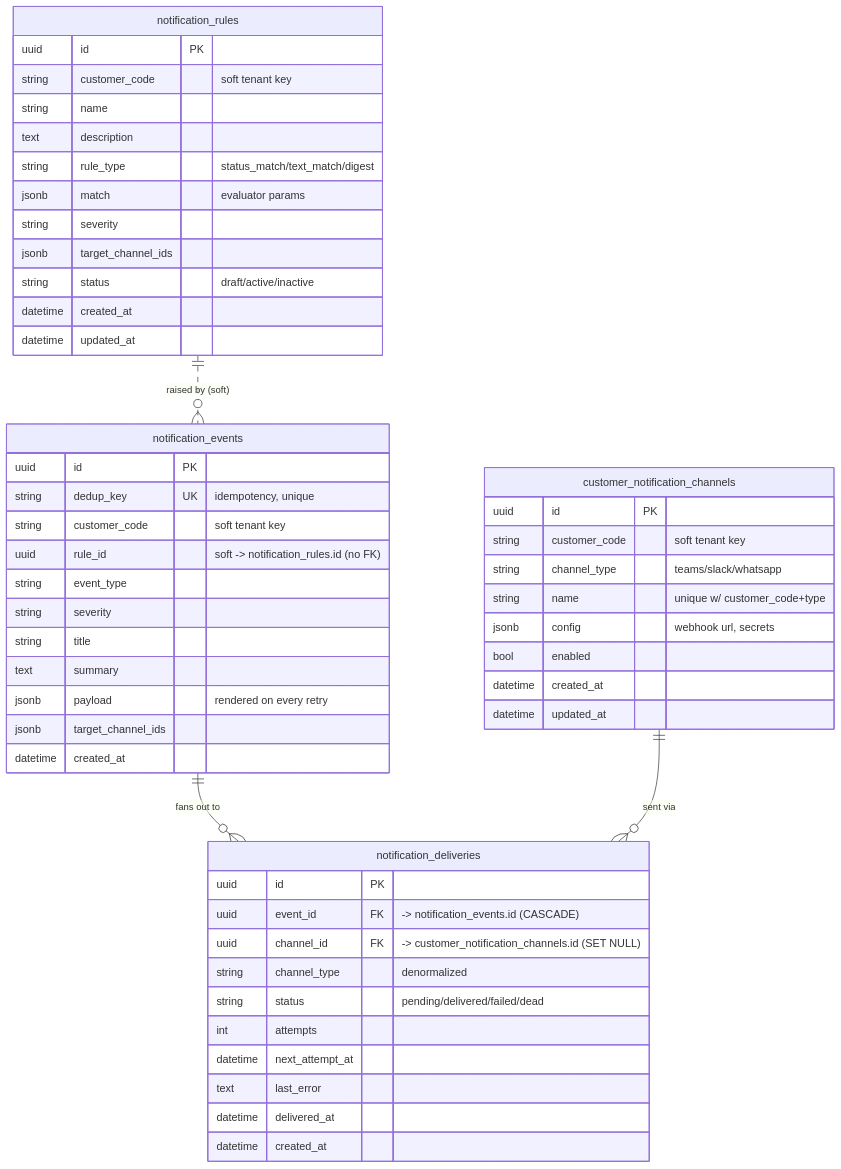
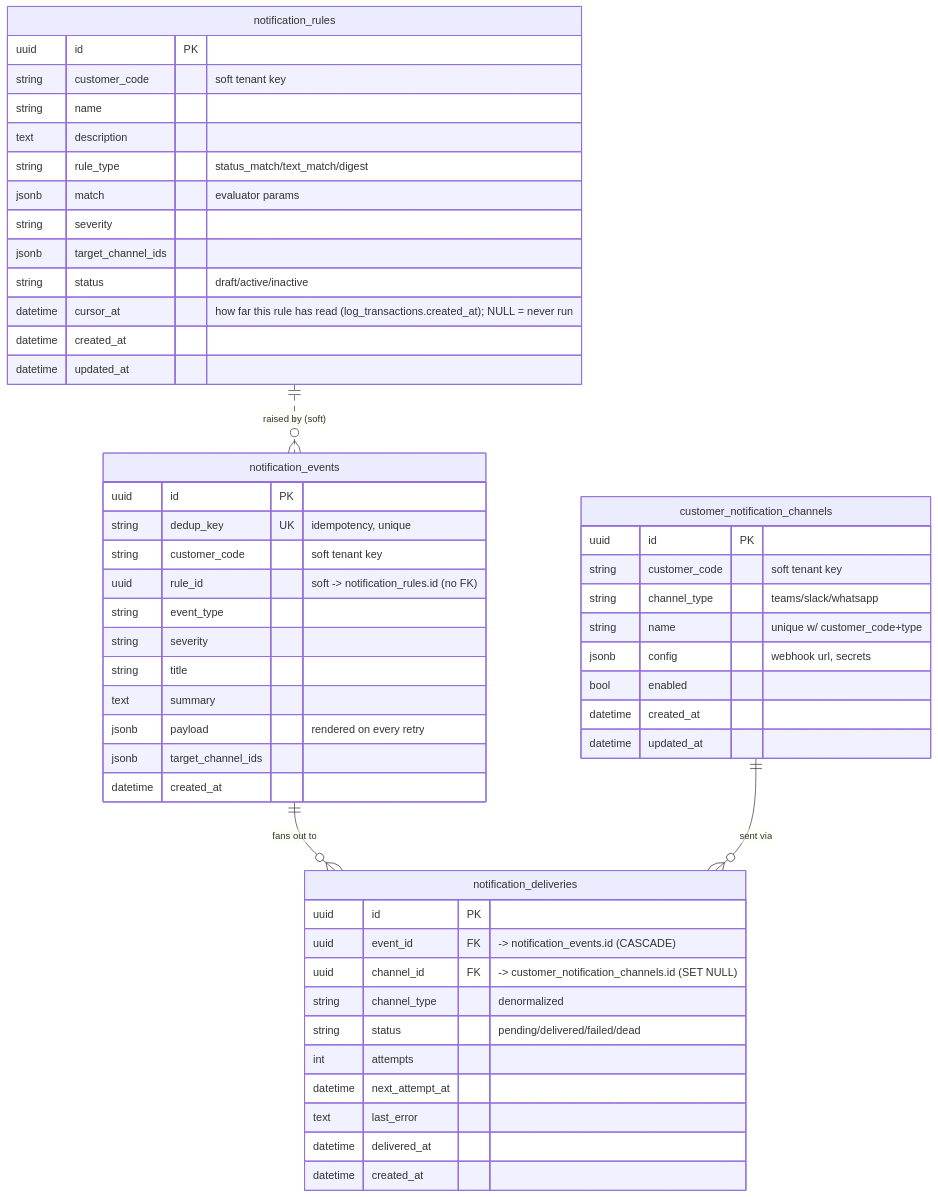
The ninth of 10 diagrams in docs/database-er-diagram.md (eamtalu/RAG-PipeLine), drawn with Mermaid before and after one commit. The commit also changed other lines of this file and 8 other files, not shown here.

First line of the commit message:
feat(notifications): read the transaction feed incrementally via a per-rule cursor

````diff
--- a/docs/database-er-diagram.md
+++ b/docs/database-er-diagram.md
@@ -535,58 +546,59 @@
 ```mermaid
 erDiagram
     customer_notification_channels {
         uuid id PK
         string customer_code "soft tenant key"
         string channel_type "teams/slack/whatsapp"
         string name "unique w/ customer_code+type"
         jsonb config "webhook url, secrets"
         bool enabled
         datetime created_at
         datetime updated_at
     }
 
     notification_rules {
         uuid id PK
         string customer_code "soft tenant key"
         string name
         text description
         string rule_type "status_match/text_match/digest"
         jsonb match "evaluator params"
         string severity
         jsonb target_channel_ids
         string status "draft/active/inactive"
+        datetime cursor_at "how far this rule has read (log_transactions.created_at); NULL = never run"
         datetime created_at
         datetime updated_at
     }
 
     notification_events {
         uuid id PK
         string dedup_key UK "idempotency, unique"
         string customer_code "soft tenant key"
         uuid rule_id "soft -> notification_rules.id (no FK)"
         string event_type
         string severity
         string title
         text summary
         jsonb payload "rendered on every retry"
         jsonb target_channel_ids
         datetime created_at
     }
 
     notification_deliveries {
         uuid id PK
         uuid event_id FK "-> notification_events.id (CASCADE)"
         uuid channel_id FK "-> customer_notification_channels.id (SET NULL)"
         string channel_type "denormalized"
         string status "pending/delivered/failed/dead"
         int attempts
         datetime next_attempt_at
         text last_error
         datetime delivered_at
         datetime created_at
     }
 
     notification_events ||--o{ notification_deliveries : "fans out to"
     customer_notification_channels ||--o{ notification_deliveries : "sent via"
     notification_rules ||..o{ notification_events : "raised by (soft)"
 ```
````
